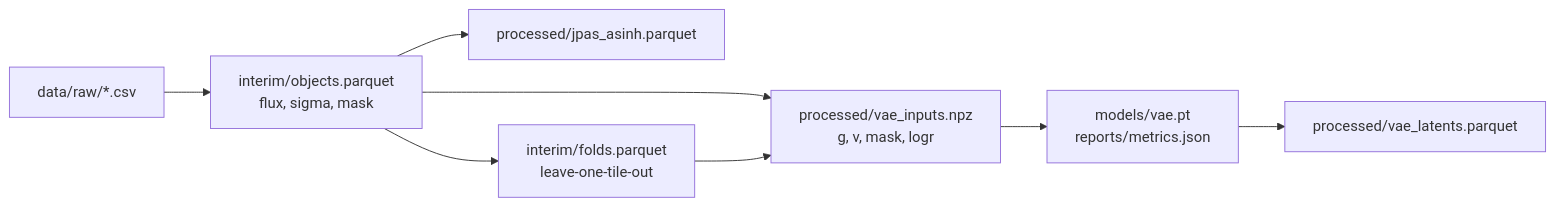
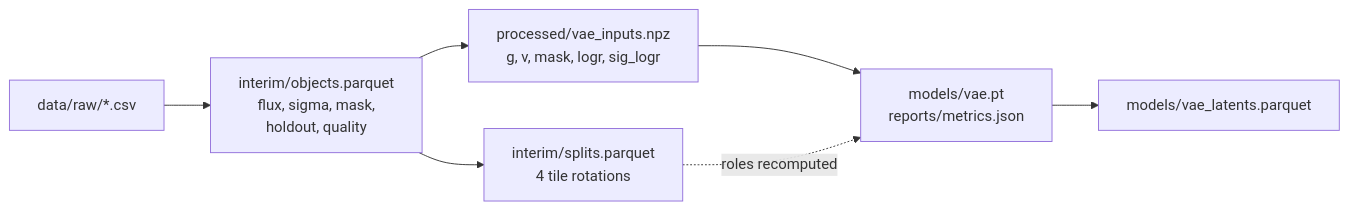
Before and after one commit to Johanmkr/jPas-data-analysis: the diagram in README.md, drawn with Mermaid. The commit also changed other lines of this file and 3 other files, not shown here.

Commit message:
UPDATE: Training on tile rotations with best-epoch selection and test-tile reports

````diff
--- a/README.md
+++ b/README.md
@@ -68,10 +70,9 @@
 ```mermaid
 flowchart LR
-    raw["data/raw/*.csv"] --> interim["interim/objects.parquet<br/>flux, sigma, mask"]
-    interim --> features["processed/jpas_asinh.parquet"]
-    interim --> folds["interim/folds.parquet<br/>leave-one-tile-out"]
-    interim --> arrays["processed/vae_inputs.npz<br/>g, v, mask, logr"]
-    folds --> arrays
+    raw["data/raw/*.csv"] --> interim["interim/objects.parquet<br/>flux, sigma, mask,<br/>holdout, quality"]
+    interim --> splits["interim/splits.parquet<br/>4 tile rotations"]
+    interim --> arrays["processed/vae_inputs.npz<br/>g, v, mask, logr, sig_logr"]
     arrays --> train["models/vae.pt<br/>reports/metrics.json"]
-    train --> latents["processed/vae_latents.parquet"]
+    splits -.roles recomputed.-> train
+    train --> latents["models/vae_latents.parquet"]
 ```
````
